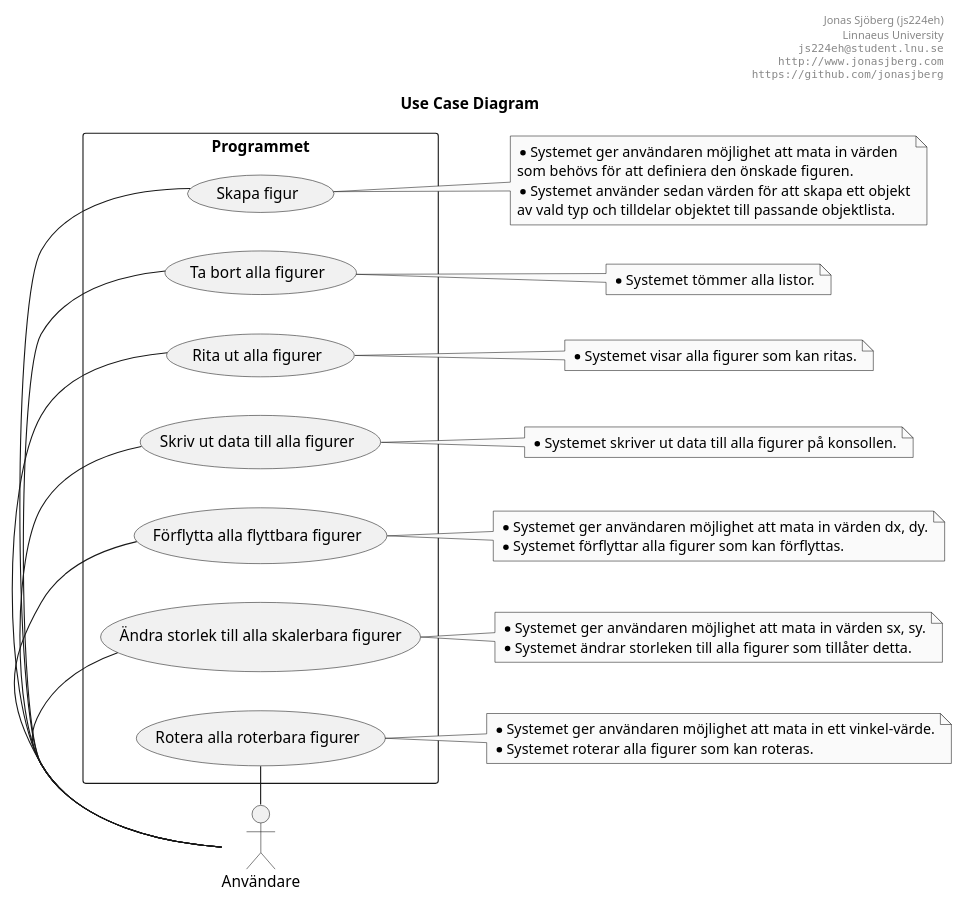
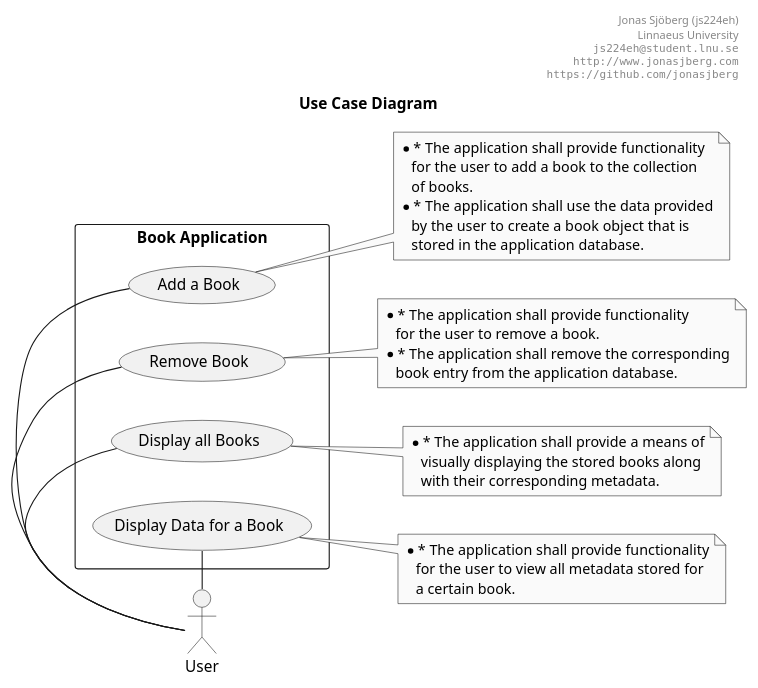
One commit to jonasjberg/1dv600_lab changed the diagram in doc/uml-use-case.puml. Above: the diagram before and after it, drawn with PlantUML.

Commit message:
Work in progress use case diagram ..

```diff
--- a/doc/uml-use-case.puml
+++ b/doc/uml-use-case.puml
@@ -7,115 +7,71 @@
 @startuml
 ' ______________________________________________________________________________
 ' ____ CONFIGURATION OPTIONS ___________________________________________________
 ' debug flag creates a 'svek.dot' and 'svek.svg' file in ~/
 ' !pragma svek_trace on
 
 skinparam {
     monochrome true
     backgroundColor transparent
     classBackgroundColor transparent
     'style strictuml
 }
 
 ' ______________________________________________________________________________
 ' ____ USECASE DIAGRAM _________________________________________________________
 
 header
 Jonas Sjöberg (js224eh)
 Linnaeus University
 ""js224eh@student.lnu.se""
 ""http://www.jonasjberg.com""
 ""https://github.com/jonasjberg""
 end header
 
 title Use Case Diagram
 
-'
-' * AF 1: Skapa figur.
-'         Användaren väljer ’skapa figur’ och sedan vilken typ figuren ska ha.
-'         Möjliga värden är: Punkt, linje, triangel, rektangel, cirkel och
-'         kanske ellips och kvadrat.  Systemet ger användaren möjlighet att
-'         mata in värden som behövs för att definiera den önskade figuren.
-'         Systemet använder sedan värden för att skapa ett objekt av vald typ
-'         och tilldelar objektet till passande objektlista (t.ex. figur-lista,
-'         lista med flyttbara figurer, lista med roterbara figurer mm. - se
-'         nedan).
-' * AF 2: Ta bort alla figurer.
-'         Användaren väljer ’Ta bort allt’.
-'         Systemet tömmer alla listor.
-' * AF 3: Rita ut alla figurer.
-'         Användaren väljer ’Rita ut allt’.
-'         Systemet visar alla figurer som kan ritas.
-'         Obs: Detta användningsfall kommer att behandlas först i laboration 3.
-' * AF 4: Skriv ut data till alla figurer.
-'         Användaren väljer ’Skriv ut allt’.
-'         Systemet skriver ut data till alla figurer på konsollen.
-' * AF 5: Förflytta alla flyttbara figurer.
-'         Användaren väljer ’Förflytta allt’.
-'         Systemet ger användaren möjlighet att mata in värden dx, dy.
-'         Systemet förflyttar alla figurer som kan förflyttas.
-' * AF 6: Ändra storlek till alla skalerbara figurer.
-'         Användaren väljer ’Ändra storlek till alla’.
-'         Systemet ger användaren möjlighet att mata in värden sx, sy.
-'         Systemet ändrar storleken till alla figurer som tillåter detta.
-' * AF 7: Rotera alla roterbara figurer.
-'         Användaren väljer ’Rotera alla’.
-'         Systemet ger användaren möjlighet att mata in ett vinkel-värde.
-'         Systemet roterar alla figurer som kan roteras.
 
-:Användare: as User
+:User: as User
 
-rectangle "Programmet" {
-    (Skapa figur)                                as (CreateFigure)
-    (Ta bort alla figurer)                       as (RemoveAllFigures)
-    (Rita ut alla figurer)                       as (DrawAllFigures)
-    (Skriv ut data till alla figurer)            as (PrintDataAllFigures)
-    (Förflytta alla flyttbara figurer)           as (MoveAllMovable)
-    (Ändra storlek till alla skalerbara figurer) as (ScaleAllScalable)
-    (Rotera alla roterbara figurer)              as (RotateAllRotatable)
+rectangle "Book Application" {
+    (Add a Book)                                 as (AddBook)
+    (Remove Book)                                as (RemoveBook)
+    (Display all Books)                        as (DisplayBooks)
+    (Display Data for a Book)                    as (DisplayBookData)
 
     left to right direction
-    User - CreateFigure
-    User - RemoveAllFigures
-    User - DrawAllFigures
-    User - PrintDataAllFigures
-    User - MoveAllMovable
-    User - ScaleAllScalable
-    User - RotateAllRotatable
+    User - AddBook
+    User - RemoveBook
+    User - DisplayBooks
+    User - DisplayBookData
 }
 
-note right of CreateFigure
-* Systemet ger användaren möjlighet att mata in värden
-som behövs för att definiera den önskade figuren.
-* Systemet använder sedan värden för att skapa ett objekt
-av vald typ och tilldelar objektet till passande objektlista.
+note right of AddBook
+* * The application shall provide functionality
+   for the user to add a book to the collection
+   of books.
+* * The application shall use the data provided
+   by the user to create a book object that is
+   stored in the application database.
 end note
 
-note right of RemoveAllFigures
-* Systemet tömmer alla listor.
+note right of RemoveBook
+* * The application shall provide functionality
+   for the user to remove a book.
+* * The application shall remove the corresponding
+   book entry from the application database.
 end note
 
-note right of DrawAllFigures
-* Systemet visar alla figurer som kan ritas.
+note right of DisplayBooks
+* * The application shall provide a means of
+   visually displaying the stored books along
+   with their corresponding metadata.
 end note
 
-note right of PrintDataAllFigures
-* Systemet skriver ut data till alla figurer på konsollen.
-end note
-
-note right of MoveAllMovable
-* Systemet ger användaren möjlighet att mata in värden dx, dy.
-* Systemet förflyttar alla figurer som kan förflyttas.
-end note
-
-note right of ScaleAllScalable
-* Systemet ger användaren möjlighet att mata in värden sx, sy.
-* Systemet ändrar storleken till alla figurer som tillåter detta.
-end note
-
-note right of RotateAllRotatable
-* Systemet ger användaren möjlighet att mata in ett vinkel-värde.
-* Systemet roterar alla figurer som kan roteras.
+note right of DisplayBookData
+* * The application shall provide functionality
+   for the user to view all metadata stored for
+   a certain book.
 end note
 
 @enduml
```
